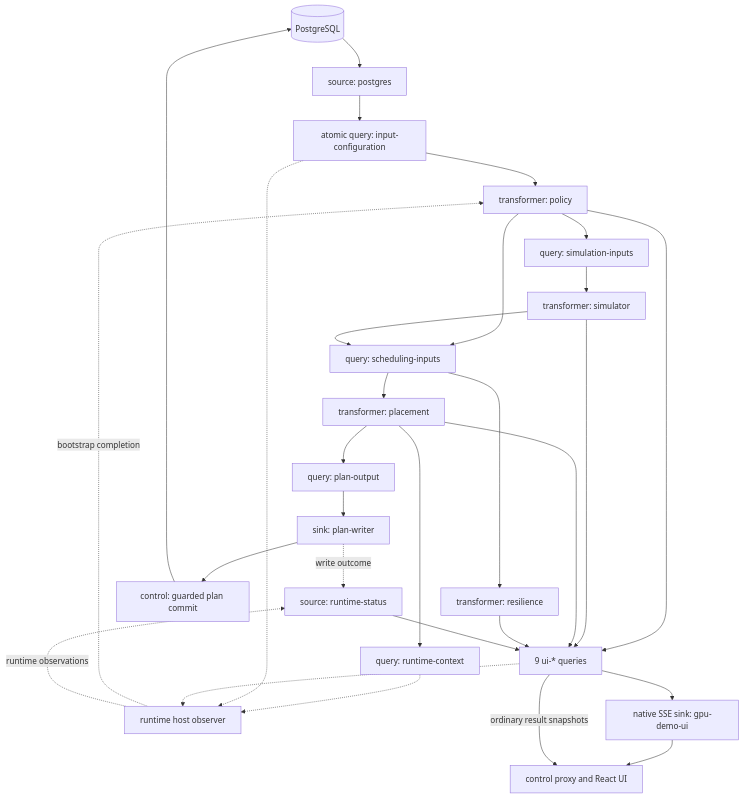
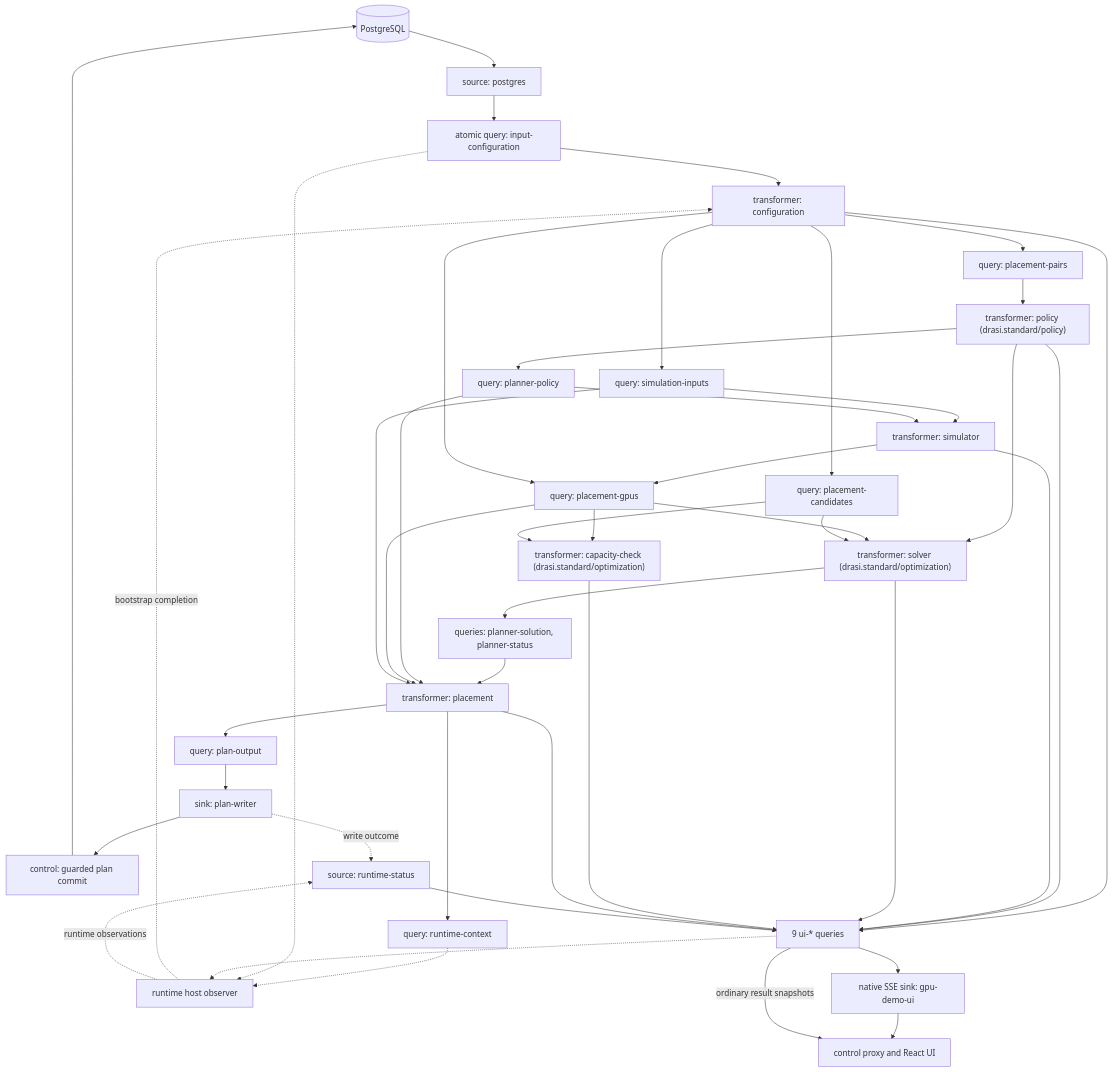
Before and after one commit to drasi-project/drasi-server: the second of 2 diagrams in examples/gpu-cluster-lab/embedded/README.md, drawn with Mermaid. The commit also changed other lines of this file and 89 other files, not shown here.

First line of the commit message:
feat(examples): use native policy, optimization and geometry plugins

````diff
--- a/examples/gpu-cluster-lab/embedded/README.md
+++ b/examples/gpu-cluster-lab/embedded/README.md
@@ -315,50 +327,71 @@
 ```mermaid
 flowchart TD
     DB[("PostgreSQL")]
     PG["source: postgres"]
     Inputs["atomic query: input-configuration"]
-    Policy["transformer: policy"]
+    Configuration["transformer: configuration"]
+    PairQuery["query: placement-pairs"]
+    Policy["transformer: policy (drasi.standard/policy)"]
     SimulationQuery["query: simulation-inputs"]
+    PolicyQuery["query: planner-policy"]
     Simulator["transformer: simulator"]
-    SchedulingQuery["query: scheduling-inputs"]
+    GpuQuery["query: placement-gpus"]
+    CandidateQuery["query: placement-candidates"]
+    Solver["transformer: solver (drasi.standard/optimization)"]
+    Capacity["transformer: capacity-check (drasi.standard/optimization)"]
+    SolutionQueries["queries: planner-solution, planner-status"]
     Placement["transformer: placement"]
-    Resilience["transformer: resilience"]
     PlanQuery["query: plan-output"]
     Writer["sink: plan-writer"]
     Control["control: guarded plan commit"]
     ContextQuery["query: runtime-context"]
     Observer["runtime host observer"]
     Status["source: runtime-status"]
     Views["9 ui-* queries"]
     SSE["native SSE sink: gpu-demo-ui"]
     Browser["control proxy and React UI"]
 
     DB --> PG
     PG --> Inputs
-    Inputs --> Policy
-    Policy --> SimulationQuery
+    Inputs --> Configuration
+    Configuration --> PairQuery
+    PairQuery --> Policy
+    Policy --> PolicyQuery
+    Configuration --> SimulationQuery
     SimulationQuery --> Simulator
-    Policy --> SchedulingQuery
-    Simulator --> SchedulingQuery
-    SchedulingQuery --> Placement
-    SchedulingQuery --> Resilience
+    PolicyQuery --> Simulator
+    Simulator --> GpuQuery
+    Configuration --> GpuQuery
+    Configuration --> CandidateQuery
+    Policy --> Solver
+    GpuQuery --> Solver
+    CandidateQuery --> Solver
+    GpuQuery --> Capacity
+    CandidateQuery --> Capacity
+    Solver --> SolutionQueries
+    SolutionQueries --> Placement
+    PolicyQuery --> Placement
+    GpuQuery --> Placement
+    SimulationQuery --> Placement
     Placement --> PlanQuery
     PlanQuery --> Writer
     Writer --> Control
     Control --> DB
     Placement --> ContextQuery
     ContextQuery -.-> Observer
     Inputs -.-> Observer
     Views -.-> Observer
-    Observer -.->|"bootstrap completion"| Policy
+    Observer -.->|"bootstrap completion"| Configuration
     Observer -.->|"runtime observations"| Status
     Writer -.->|"write outcome"| Status
+    Configuration --> Views
     Policy --> Views
     Simulator --> Views
+    Solver --> Views
+    Capacity --> Views
     Placement --> Views
-    Resilience --> Views
     Status --> Views
     Views --> SSE
     SSE --> Browser
     Views -->|"ordinary result snapshots"| Browser
 ```
````
